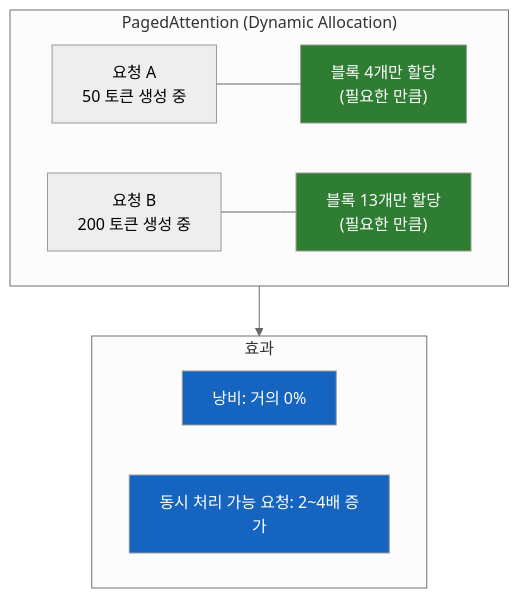
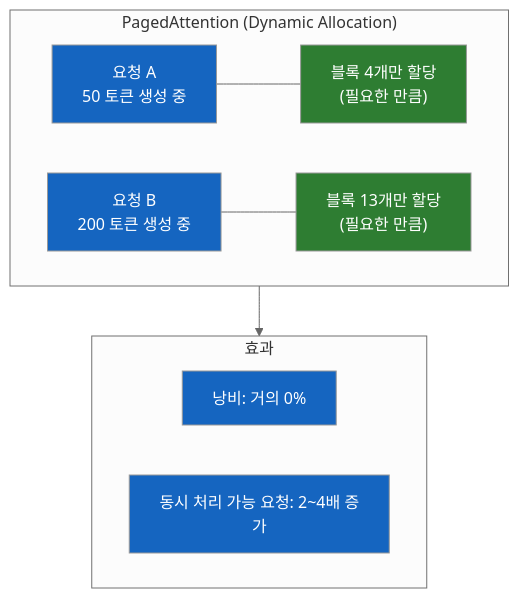
One commit to sskim91/TIL changed the third of 7 diagrams in ai/vLLM-GPU-위의-LLM은-누가-서빙하는가.md. Above: the diagram before and after it, drawn with Mermaid (neutral theme). The commit also changed other lines of this file, not shown here.

First line of the commit message:
📝 Improve vLLM TIL diagram styles and transitions

````diff
--- a/ai/vLLM-GPU-위의-LLM은-누가-서빙하는가.md
+++ b/ai/vLLM-GPU-위의-LLM은-누가-서빙하는가.md
@@ -111,20 +114,22 @@
 ```mermaid
 flowchart TB
     subgraph paged["PagedAttention (Dynamic Allocation)"]
         direction LR
         A["요청 A<br>50 토큰 생성 중"] --- B["블록 4개만 할당<br>(필요한 만큼)"]
         C["요청 B<br>200 토큰 생성 중"] --- D["블록 13개만 할당<br>(필요한 만큼)"]
     end
 
     subgraph benefit["효과"]
         E["낭비: 거의 0%"]
         F["동시 처리 가능 요청: 2~4배 증가"]
     end
 
     paged --> benefit
 
+    style A fill:#1565C0,color:#fff
     style B fill:#2E7D32,color:#fff
+    style C fill:#1565C0,color:#fff
     style D fill:#2E7D32,color:#fff
     style E fill:#1565C0,color:#fff
     style F fill:#1565C0,color:#fff
 ```
````
